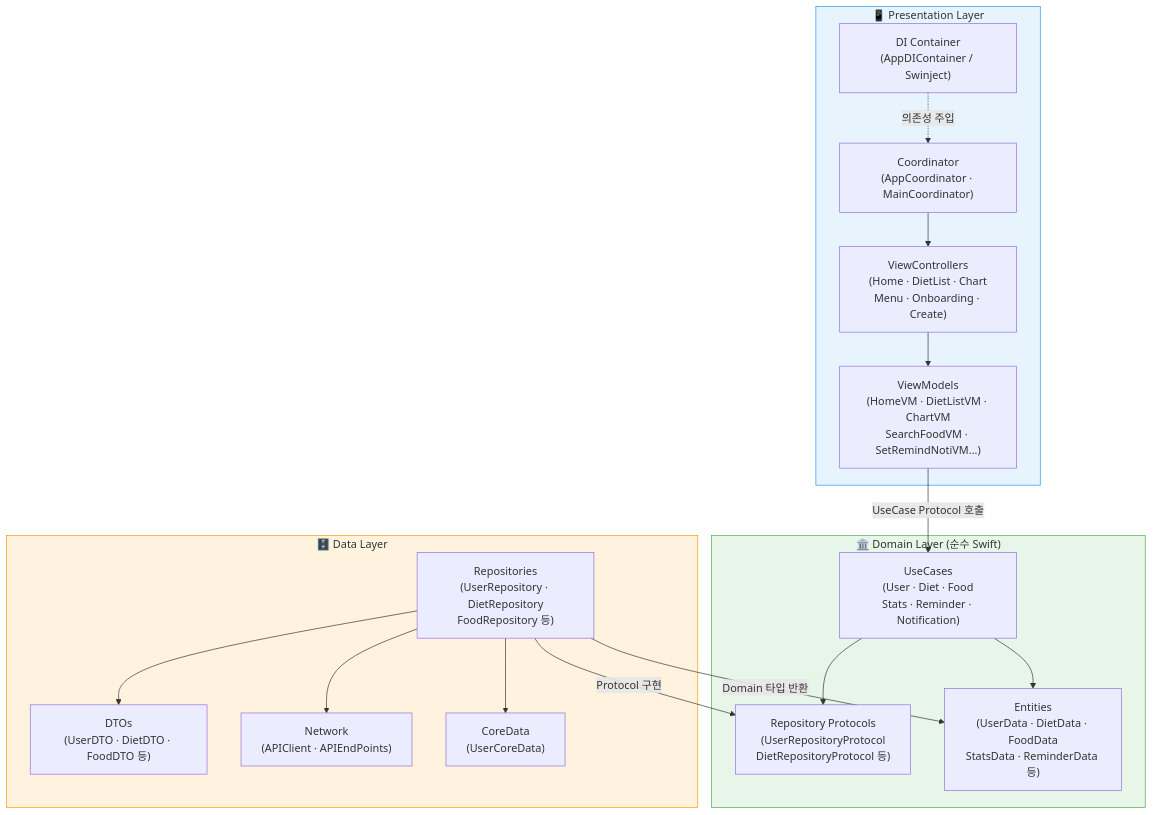
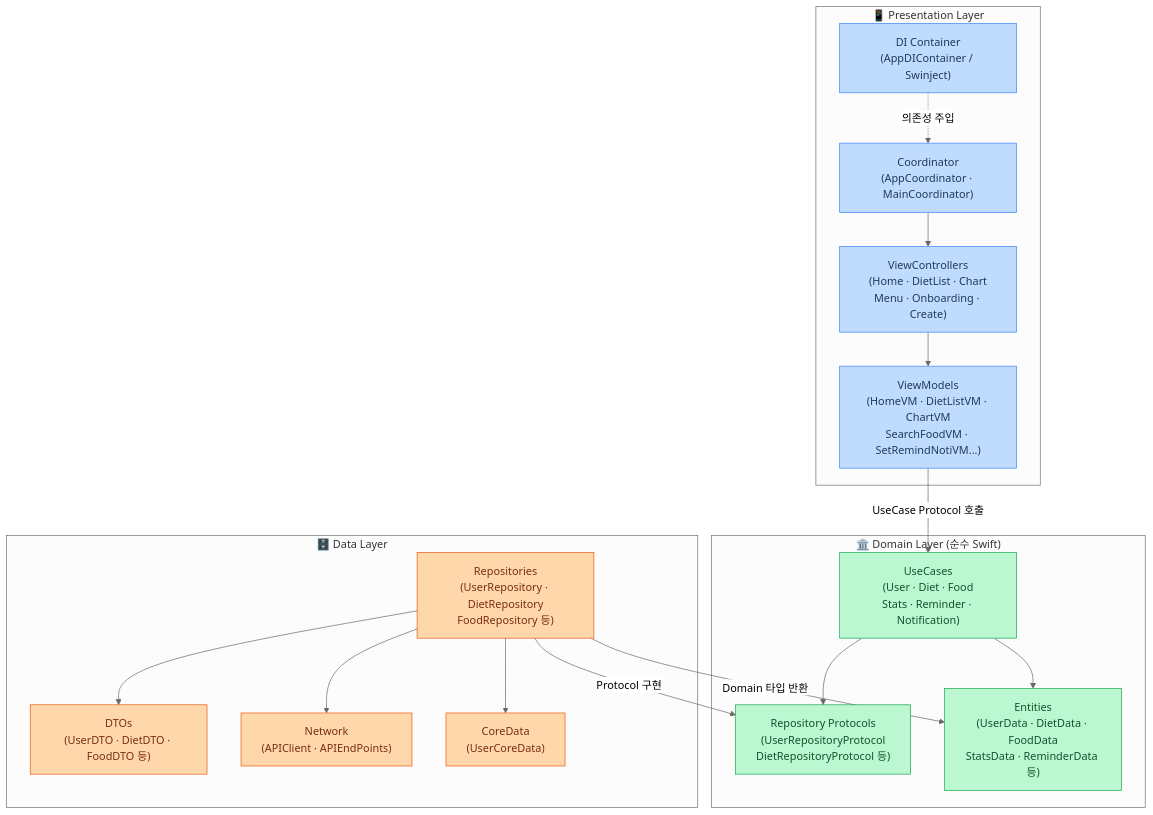
The diagram in README.md (Balance-Eat/balance-eat-iOS), drawn with Mermaid before and after one commit.

Commit message:
[docs] 아키텍처 다이어그램 색상 가독성 개선

````diff
--- a/README.md
+++ b/README.md
@@ -59,38 +59,43 @@
 ```mermaid
+%%{init: {'theme': 'neutral'}}%%
 graph TB
+    classDef pres fill:#bfdbfe,stroke:#3b82f6,color:#1e3a5f
+    classDef dom  fill:#bbf7d0,stroke:#16a34a,color:#14532d
+    classDef dat  fill:#fed7aa,stroke:#ea580c,color:#7c2d12
+
     subgraph Presentation["📱 Presentation Layer"]
         Coordinator["Coordinator\n(AppCoordinator · MainCoordinator)"]
         VC["ViewControllers\n(Home · DietList · Chart\nMenu · Onboarding · Create)"]
         VM["ViewModels\n(HomeVM · DietListVM · ChartVM\nSearchFoodVM · SetRemindNotiVM...)"]
         DI["DI Container\n(AppDIContainer / Swinject)"]
         Coordinator --> VC
         VC --> VM
         DI -.->|의존성 주입| Coordinator
     end
 
     subgraph Domain["🏛️ Domain Layer (순수 Swift)"]
         UseCase["UseCases\n(User · Diet · Food\nStats · Reminder · Notification)"]
         RepoProtocol["Repository Protocols\n(UserRepositoryProtocol\nDietRepositoryProtocol 등)"]
         Entity["Entities\n(UserData · DietData · FoodData\nStatsData · ReminderData 등)"]
         UseCase --> RepoProtocol
         UseCase --> Entity
     end
 
     subgraph Data["🗄️ Data Layer"]
         Repo["Repositories\n(UserRepository · DietRepository\nFoodRepository 등)"]
         DTO["DTOs\n(UserDTO · DietDTO · FoodDTO 등)"]
         Network["Network\n(APIClient · APIEndPoints)"]
         CoreData["CoreData\n(UserCoreData)"]
         Repo --> DTO
         Repo --> Network
         Repo --> CoreData
     end
 
     VM -->|"UseCase Protocol 호출"| UseCase
     Repo -->|"Protocol 구현"| RepoProtocol
     Repo -->|"Domain 타입 반환"| Entity
 
-    style Presentation fill:#E8F4FD,stroke:#2196F3
-    style Domain fill:#E8F5E9,stroke:#4CAF50
-    style Data fill:#FFF3E0,stroke:#FF9800
+    class Coordinator,VC,VM,DI pres
+    class UseCase,RepoProtocol,Entity dom
+    class Repo,DTO,Network,CoreData dat
 ```
````
